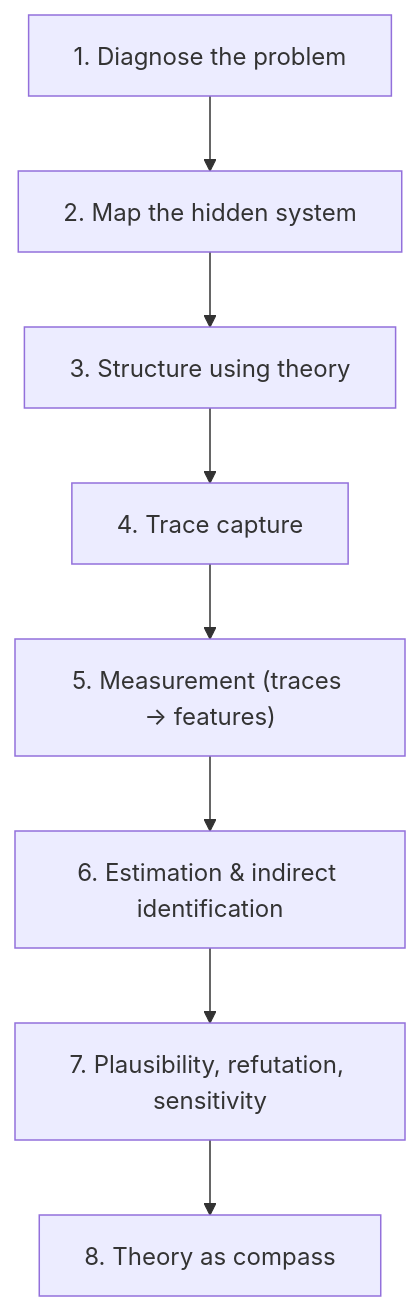
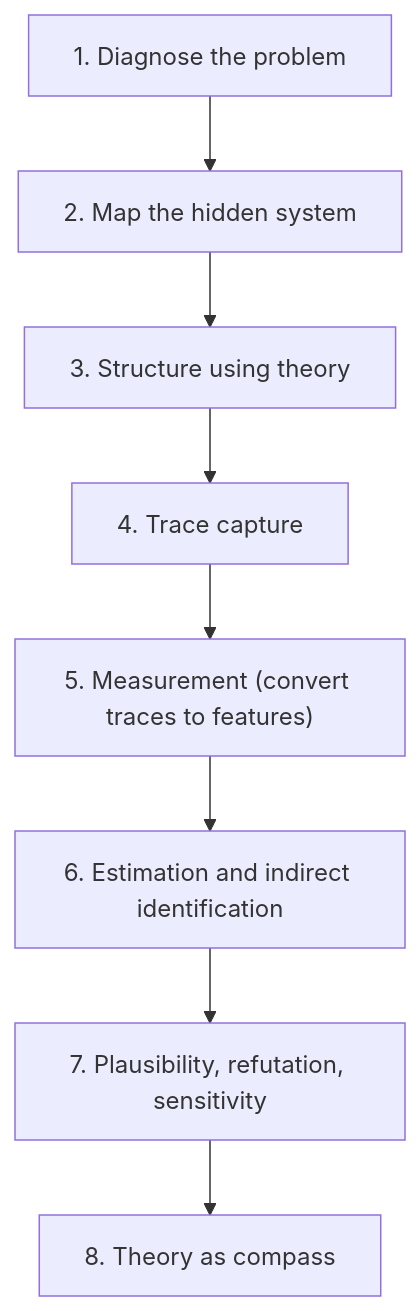
One commit to margaretfoster/PRISM-framework changed the diagram in index.md. Above: the diagram before and after it, drawn with Mermaid. The commit also changed other lines of this file, not shown here.

````diff
--- a/index.md
+++ b/index.md
@@ -22,10 +22,10 @@
 ```mermaid
 flowchart TD
     A["1. Diagnose the problem"] --> B["2. Map the hidden system"]
     B --> C["3. Structure using theory"]
     C --> D["4. Trace capture"]
-    D --> E["5. Measurement (traces → features)"]
-    E --> F["6. Estimation & indirect identification"]
+    D --> E["5. Measurement (convert traces to features)"]
+    E --> F["6. Estimation and indirect identification"]
     F --> G["7. Plausibility, refutation, sensitivity"]
     G --> H["8. Theory as compass"]
 ```
````
